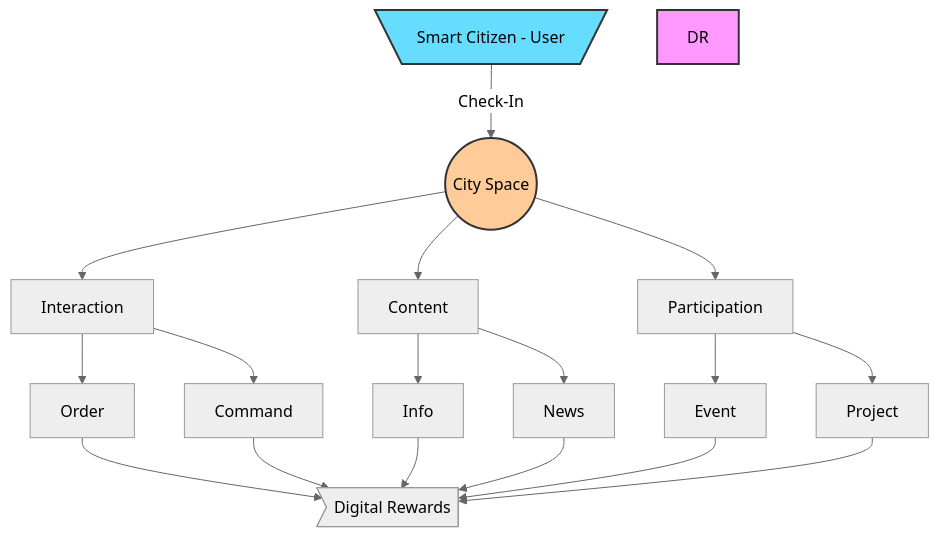
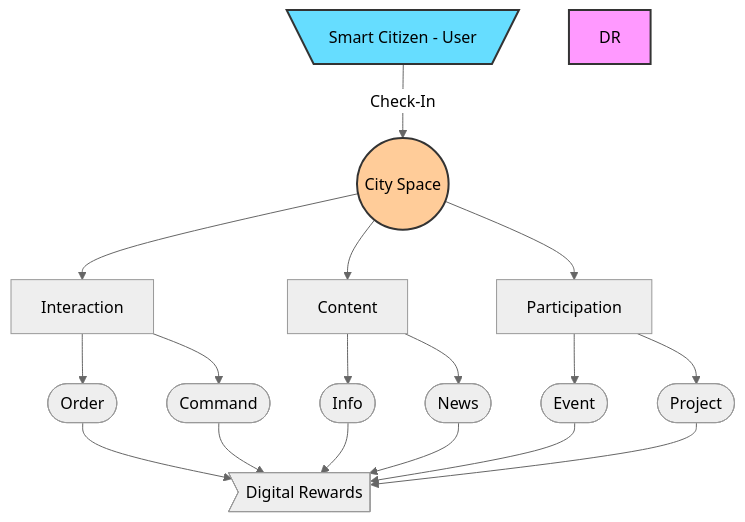
One commit to cityos-work/cityos-dev changed the second of 2 diagrams in pages/elements/city-spaces.md. Above: the diagram before and after it, drawn with Mermaid (neutral theme).

````diff
--- a/pages/elements/city-spaces.md
+++ b/pages/elements/city-spaces.md
@@ -33,24 +33,24 @@
 ```mermaid
 graph TB;
     USER[\Smart Citizen - User/]-- Check-In -->SPACE((City Space));
     SPACE-->INTERACTION[Interaction];
     SPACE-->CONTENT[Content];
     SPACE-->PARTICIPATION[Participation];
     
-    INTERACTION-->ORDER[Order];
-    INTERACTION-->COMMAND[Command];
-    CONTENT-->INFO[Info];
-    CONTENT-->NEWS[News];
-    PARTICIPATION-->EVENT[Event];
-    PARTICIPATION-->PROJECT[Project];
+    INTERACTION-->ORDER([Order]);
+    INTERACTION-->COMMAND([Command]);
+    CONTENT-->INFO([Info]);
+    CONTENT-->NEWS([News]);
+    PARTICIPATION-->EVENT([Event]);
+    PARTICIPATION-->PROJECT([Project]);
     ORDER-->REWARD>Digital Rewards];
     COMMAND-->REWARD;
     INFO-->REWARD;
     NEWS-->REWARD;
     EVENT-->REWARD;
     PROJECT-->REWARD;
     
     style USER fill:#6df,stroke:#333,stroke-width:2px
     style SPACE fill:#fc9,stroke:#333,stroke-width:2px
     style DR fill:#f9f,stroke:#333,stroke-width:2px
 ```
````
